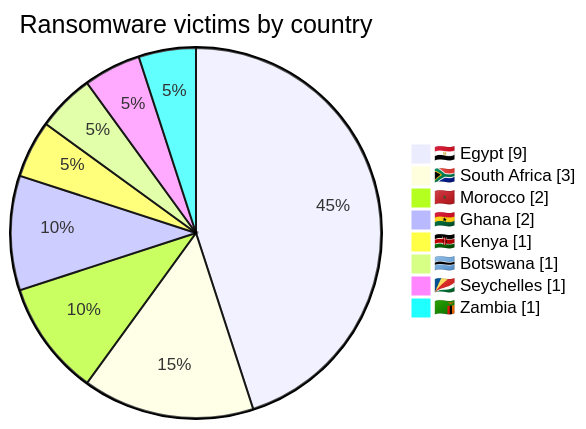
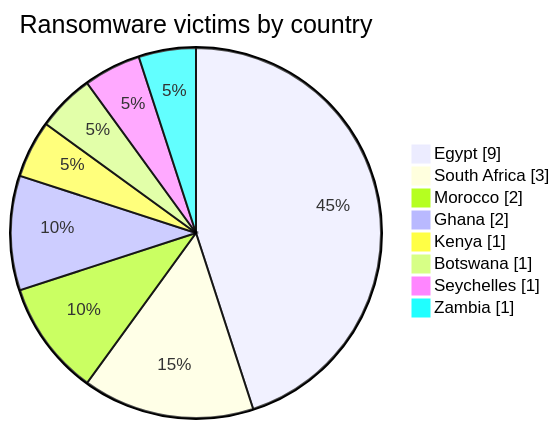
Before and after one commit to Hatchepsoute/AFRINTEL: the second of 5 diagrams in CyberAttackAfrica/2026/04-april/README.md, drawn with Mermaid. The commit also changed other lines of this file and 11 other files, not shown here.

First line of the commit message:
fix: remove all emojis from Mermaid labels in Jan-Jun 2026 reports

````diff
--- a/CyberAttackAfrica/2026/04-april/README.md
+++ b/CyberAttackAfrica/2026/04-april/README.md
@@ -167,12 +167,12 @@
 ```mermaid
 pie showData
-    title Ransomware victims by country
-    "🇪🇬 Egypt" : 9
-    "🇿🇦 South Africa" : 3
-    "🇲🇦 Morocco" : 2
-    "🇬🇭 Ghana" : 2
-    "🇰🇪 Kenya" : 1
-    "🇧🇼 Botswana" : 1
-    "🇸🇨 Seychelles" : 1
-    "🇿🇲 Zambia" : 1
+ title Ransomware victims by country
+ "Egypt" : 9
+ "South Africa" : 3
+ "Morocco" : 2
+ "Ghana" : 2
+ "Kenya" : 1
+ "Botswana" : 1
+ "Seychelles" : 1
+ "Zambia" : 1
 ```
````
